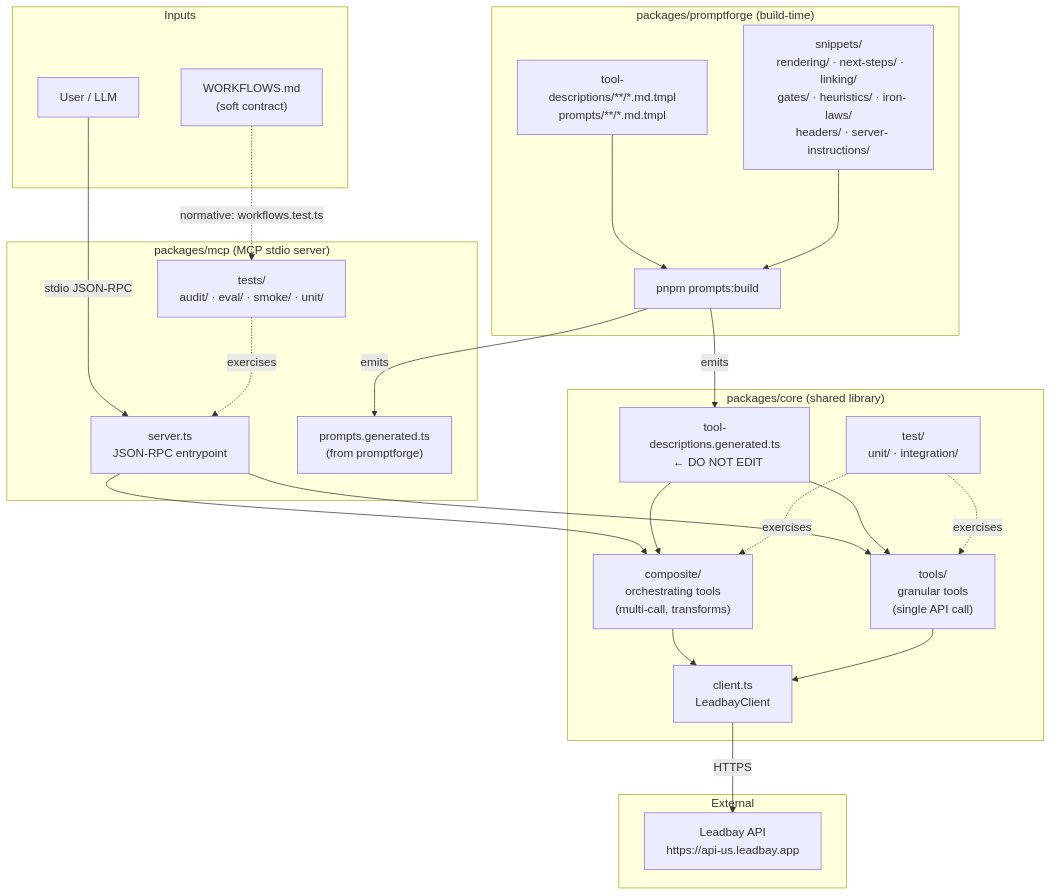
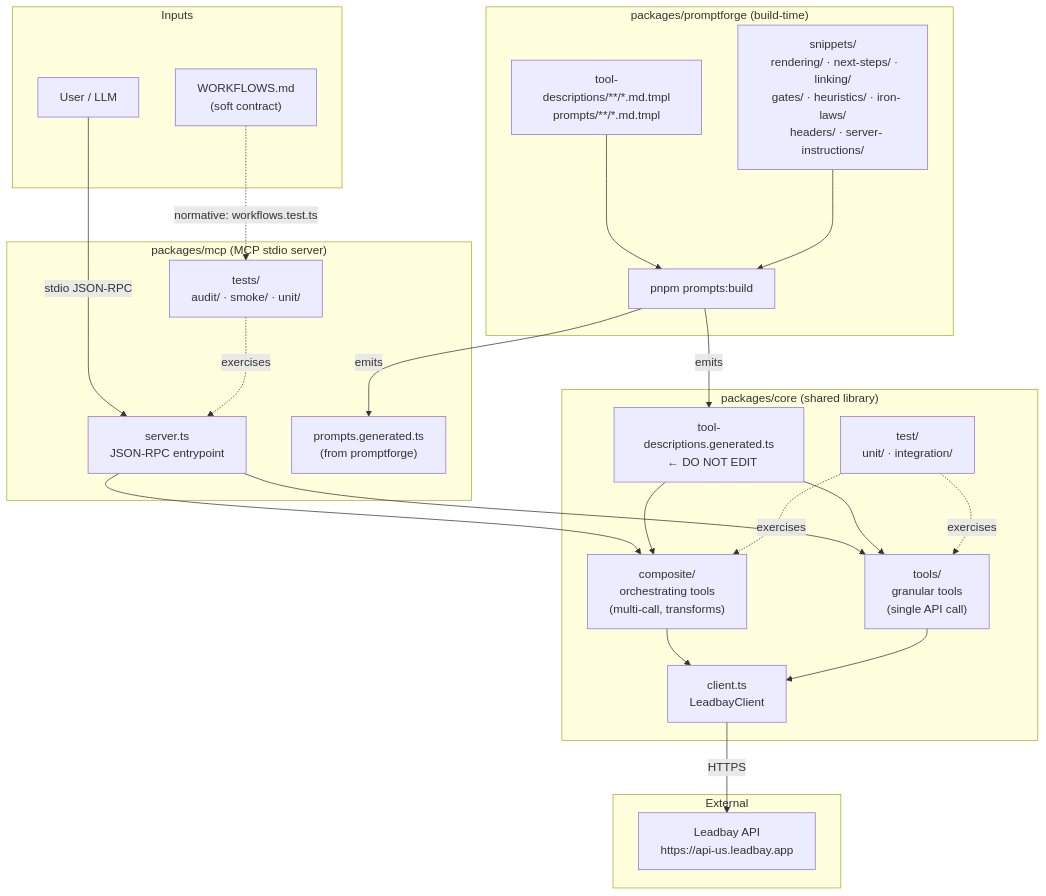
The diagram in CLAUDE.md (leadbay/mcp), drawn with Mermaid before and after one commit. The commit also changed other lines of this file and 124 other files, not shown here.

````diff
--- a/CLAUDE.md
+++ b/CLAUDE.md
@@ -367,48 +377,48 @@
 ```mermaid
 graph TD
     subgraph inputs["Inputs"]
         U["User / LLM"]
         WF["WORKFLOWS.md\n(soft contract)"]
     end
 
     subgraph mcp["packages/mcp  (MCP stdio server)"]
         MCP_S["server.ts\nJSON-RPC entrypoint"]
         MCP_P["prompts.generated.ts\n(from promptforge)"]
-        MCP_T["tests/\n  audit/ · eval/ · smoke/ · unit/"]
+        MCP_T["tests/\n  audit/ · smoke/ · unit/"]
     end
 
     subgraph core["packages/core  (shared library)"]
         COMP["composite/\n  orchestrating tools\n  (multi-call, transforms)"]
         GRAN["tools/\n  granular tools\n  (single API call)"]
         CLIENT["client.ts\n  LeadbayClient"]
         TDESC["tool-descriptions.generated.ts\n  ← DO NOT EDIT"]
         CORE_T["test/\n  unit/ · integration/"]
     end
 
     subgraph promptforge["packages/promptforge  (build-time)"]
         PF_TMPL["tool-descriptions/**/*.md.tmpl\nprompts/**/*.md.tmpl"]
         PF_SNIP["snippets/\n  rendering/ · next-steps/ · linking/\n  gates/ · heuristics/ · iron-laws/\n  headers/ · server-instructions/"]
         PF_BUILD["pnpm prompts:build"]
     end
 
     subgraph api["External"]
         LB_API["Leadbay API\nhttps://api-us.leadbay.app"]
     end
 
     U -->|"stdio JSON-RPC"| MCP_S
     MCP_S --> COMP
     MCP_S --> GRAN
     COMP --> CLIENT
     GRAN --> CLIENT
     CLIENT -->|"HTTPS"| LB_API
     PF_TMPL --> PF_BUILD
     PF_SNIP --> PF_BUILD
     PF_BUILD -->|"emits"| TDESC
     PF_BUILD -->|"emits"| MCP_P
     TDESC --> COMP
     TDESC --> GRAN
     WF -.->|"normative: workflows.test.ts"| MCP_T
     MCP_T -.->|"exercises"| MCP_S
     CORE_T -.->|"exercises"| COMP
     CORE_T -.->|"exercises"| GRAN
 ```
````
